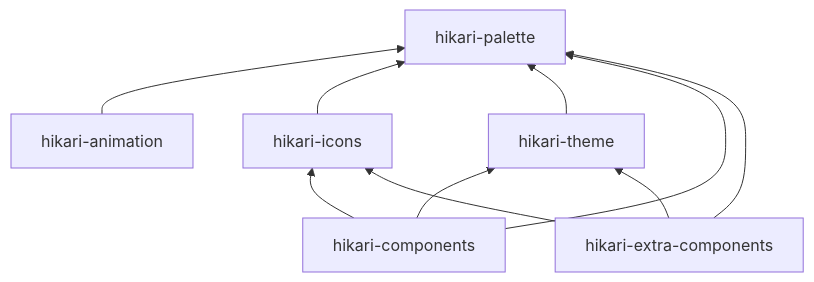
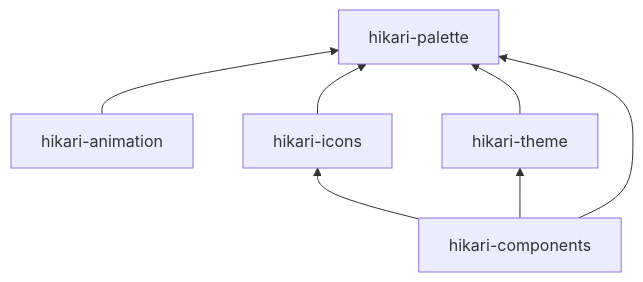
The second of 7 diagrams in docs/ko/system/overview.md (celestia-island/hikari), drawn with Mermaid before and after one commit. The commit also changed other lines of this file and 87 other files, not shown here.

````diff
--- a/docs/ko/system/overview.md
+++ b/docs/ko/system/overview.md
@@ -36,12 +35,9 @@
 ```mermaid
 graph BT
   hikari-animation --> hikari-palette
   hikari-icons --> hikari-palette
   hikari-theme --> hikari-palette
   hikari-components --> hikari-palette
   hikari-components --> hikari-theme
   hikari-components --> hikari-icons
-  hikari-extra-components --> hikari-palette
-  hikari-extra-components --> hikari-theme
-  hikari-extra-components --> hikari-icons
 ```
````
